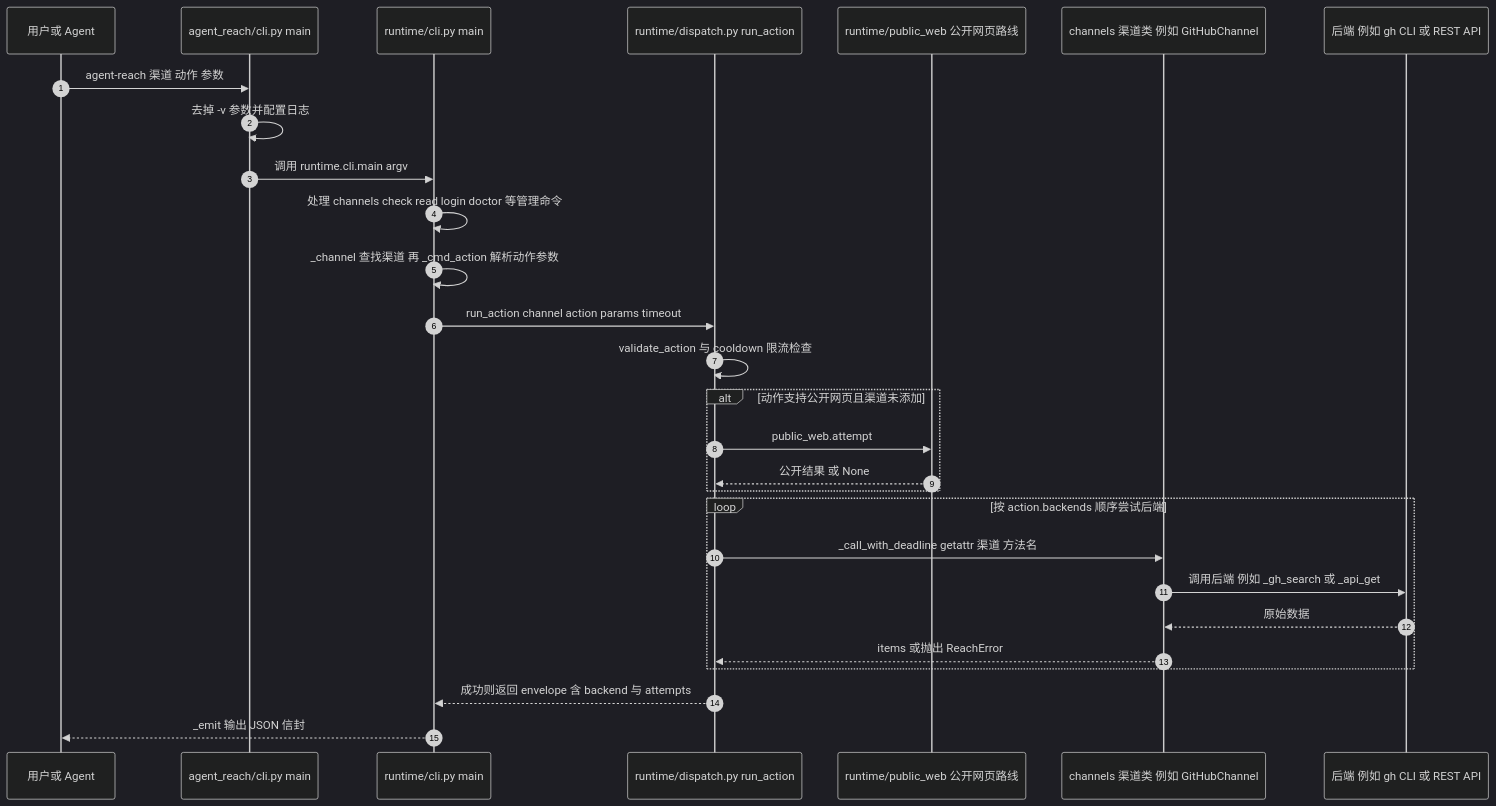
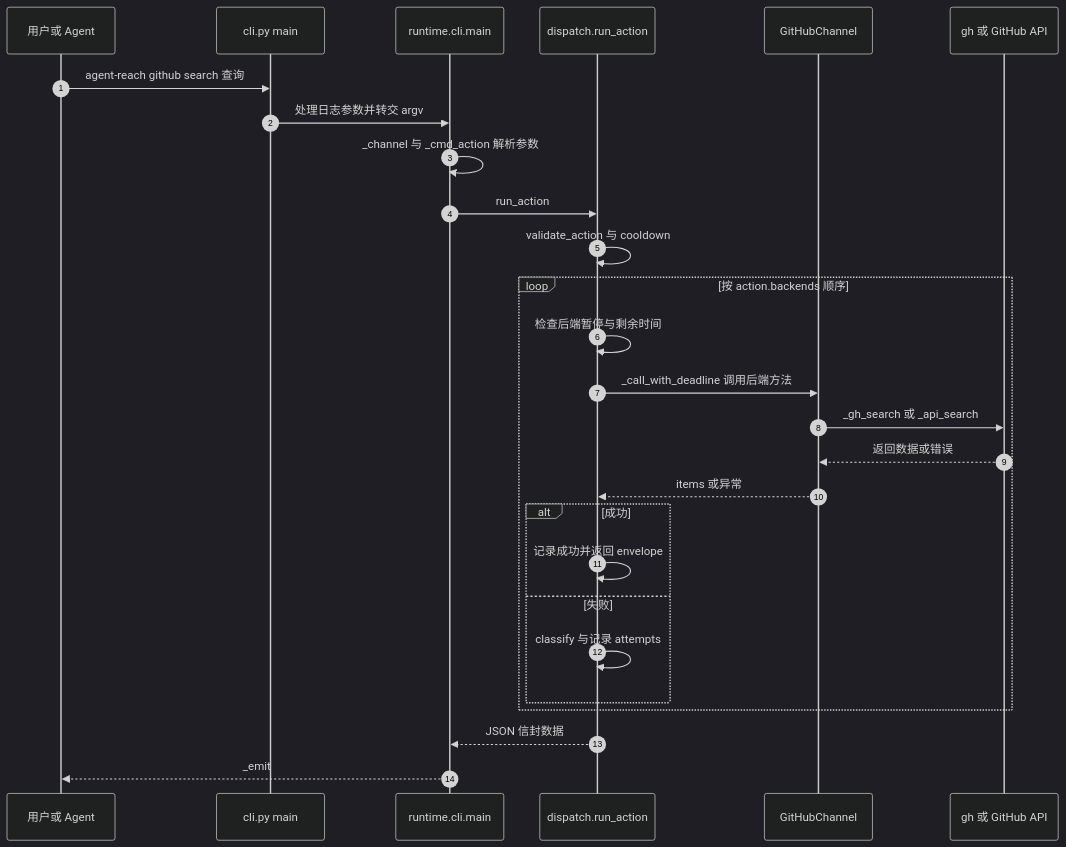
Before and after one commit to ImChong/Robotics_Notebooks: the second of 2 diagrams in wiki/entities/agent-reach.md, drawn with Mermaid (dark theme). The commit also changed other lines of this file, not shown here.

Commit message:
[2026-11-25] ingest | wiki/entities/agent-reach.md — 更新统一 CLI 架构与源码时序图

````diff
--- a/wiki/entities/agent-reach.md
+++ b/wiki/entities/agent-reach.md
@@ -91,31 +103,29 @@
 ```mermaid
 sequenceDiagram
     autonumber
     participant U as 用户或 Agent
-    participant C as agent_reach/cli.py main
-    participant RC as runtime/cli.py main
-    participant D as runtime/dispatch.py run_action
-    participant PW as runtime/public_web 公开网页路线
-    participant CH as channels 渠道类 例如 GitHubChannel
-    participant BK as 后端 例如 gh CLI 或 REST API
-
-    U->>C: agent-reach 渠道 动作 参数
-    C->>C: 去掉 -v 参数并配置日志
-    C->>RC: 调用 runtime.cli.main argv
-    RC->>RC: 处理 channels check read login doctor 等管理命令
-    RC->>RC: _channel 查找渠道 再 _cmd_action 解析动作参数
-    RC->>D: run_action channel action params timeout
-    D->>D: validate_action 与 cooldown 限流检查
-    alt 动作支持公开网页且渠道未添加
-        D->>PW: public_web.attempt
-        PW-->>D: 公开结果 或 None
+    participant C as cli.py main
+    participant R as runtime.cli.main
+    participant D as dispatch.run_action
+    participant G as GitHubChannel
+    participant B as gh 或 GitHub API
+    U->>C: agent-reach github search 查询
+    C->>R: 处理日志参数并转交 argv
+    R->>R: _channel 与 _cmd_action 解析参数
+    R->>D: run_action
+    D->>D: validate_action 与 cooldown
+    loop 按 action.backends 顺序
+        D->>D: 检查后端暂停与剩余时间
+        D->>G: _call_with_deadline 调用后端方法
+        G->>B: _gh_search 或 _api_search
+        B-->>G: 返回数据或错误
+        G-->>D: items 或异常
+        alt 成功
+            D->>D: 记录成功并返回 envelope
+        else 失败
+            D->>D: classify 与记录 attempts
+        end
     end
-    loop 按 action.backends 顺序尝试后端
-        D->>CH: _call_with_deadline getattr 渠道 方法名
-        CH->>BK: 调用后端 例如 _gh_search 或 _api_get
-        BK-->>CH: 原始数据
-        CH-->>D: items 或抛出 ReachError
-    end
-    D-->>RC: 成功则返回 envelope 含 backend 与 attempts
-    RC-->>U: _emit 输出 JSON 信封
+    D-->>R: JSON 信封数据
+    R-->>U: _emit
 ```
````
